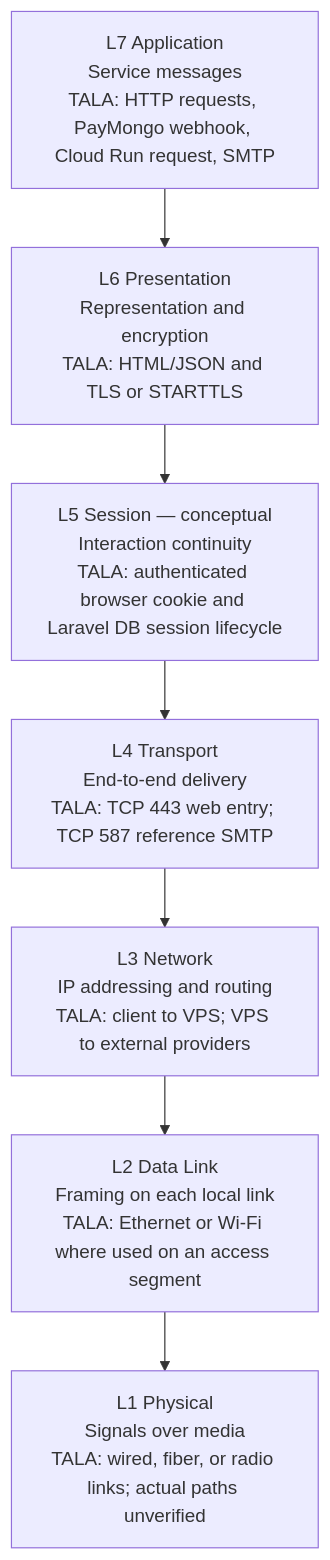
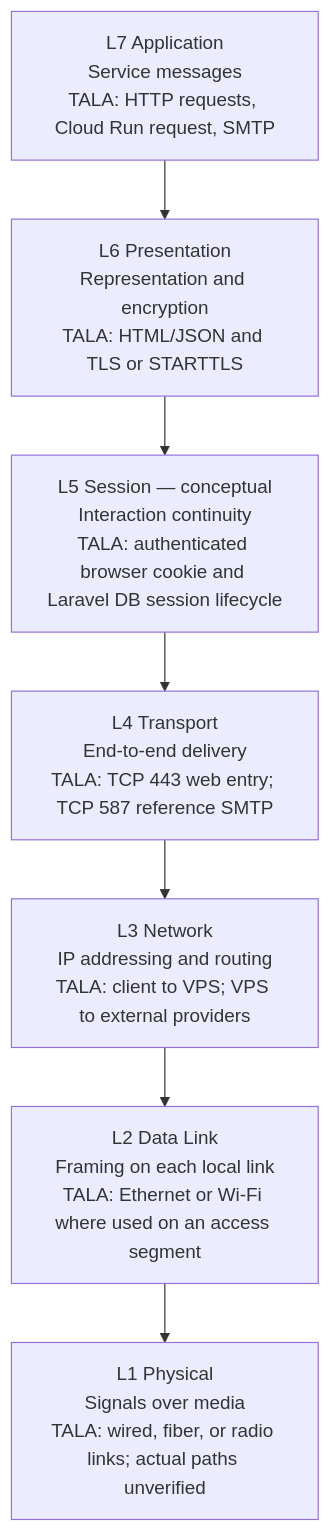
One commit to yosoykyle/SIA-TALA changed the fourth of 5 diagrams in 00_Project_Documents/architecture_specification.md. Above: the diagram before and after it, drawn with Mermaid. The commit also changed other lines of this file and 351 other files, not shown here.

````diff
--- a/00_Project_Documents/architecture_specification.md
+++ b/00_Project_Documents/architecture_specification.md
@@ -888,11 +798,11 @@
 ```mermaid
 flowchart TB
-    L7["L7 Application<br/>Service messages<br/>TALA: HTTP requests, PayMongo webhook, Cloud Run request, SMTP"]
+    L7["L7 Application<br/>Service messages<br/>TALA: HTTP requests, Cloud Run request, SMTP"]
     L6["L6 Presentation<br/>Representation and encryption<br/>TALA: HTML/JSON and TLS or STARTTLS"]
     L5["L5 Session — conceptual<br/>Interaction continuity<br/>TALA: authenticated browser cookie and Laravel DB session lifecycle"]
     L4["L4 Transport<br/>End-to-end delivery<br/>TALA: TCP 443 web entry; TCP 587 reference SMTP"]
     L3["L3 Network<br/>IP addressing and routing<br/>TALA: client to VPS; VPS to external providers"]
     L2["L2 Data Link<br/>Framing on each local link<br/>TALA: Ethernet or Wi-Fi where used on an access segment"]
     L1["L1 Physical<br/>Signals over media<br/>TALA: wired, fiber, or radio links; actual paths unverified"]
     L7 --> L6 --> L5 --> L4 --> L3 --> L2 --> L1
 ```
````
